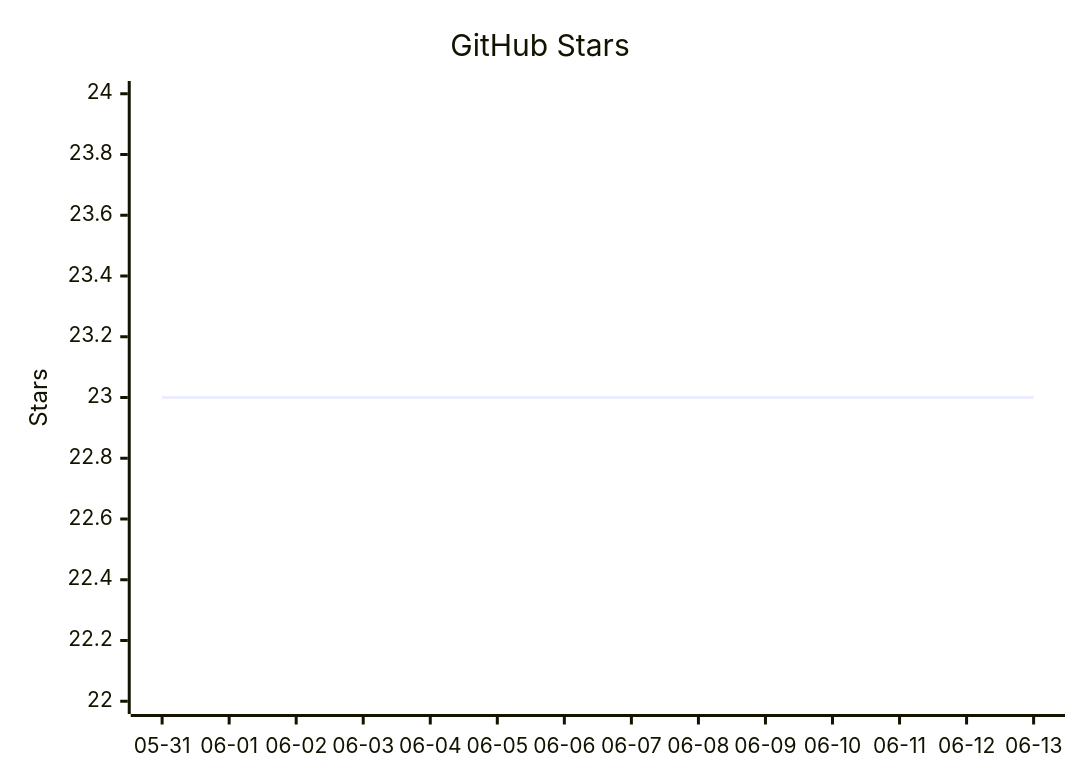
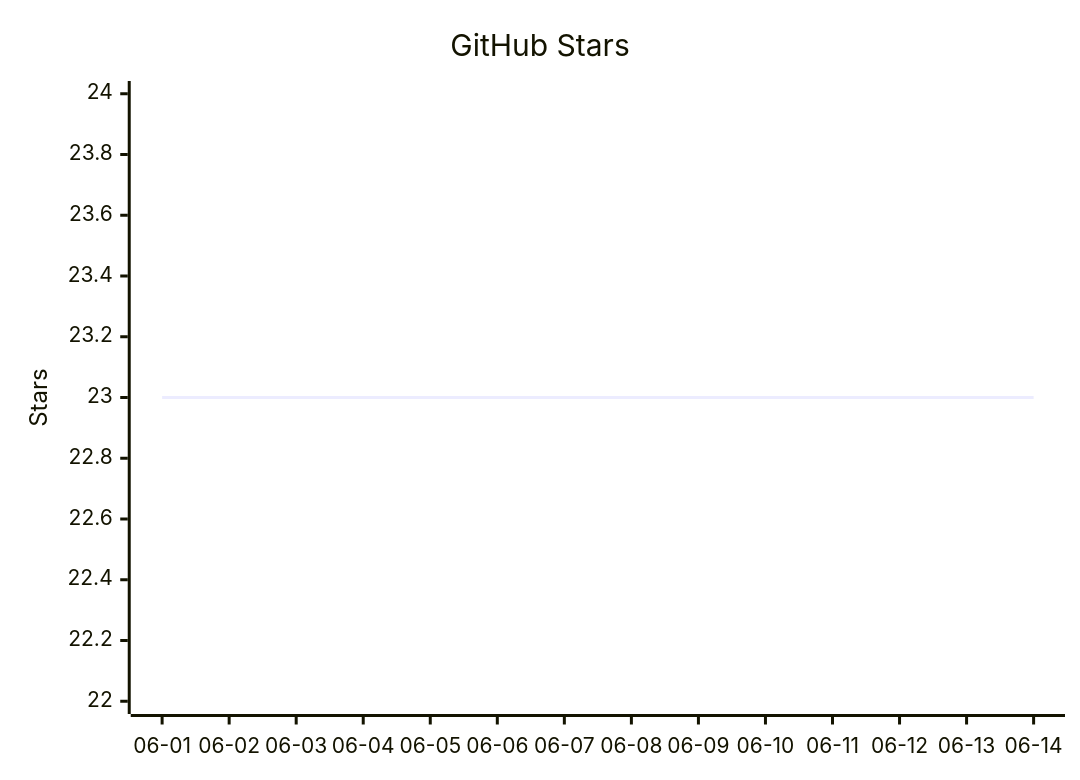
Before and after one commit to vectie/moonclaw: the diagram in README.mbt.md, drawn with Mermaid. The commit also changed other lines of this file and 1 other file, not shown here.

Commit message:
Update README star growth

````diff
--- a/README.mbt.md
+++ b/README.mbt.md
@@ -490,7 +490,7 @@
 ```mermaid
 xychart-beta
     title "GitHub Stars"
-    x-axis ["05-31","06-01","06-02","06-03","06-04","06-05","06-06","06-07","06-08","06-09","06-10","06-11","06-12","06-13"]
+    x-axis ["06-01","06-02","06-03","06-04","06-05","06-06","06-07","06-08","06-09","06-10","06-11","06-12","06-13","06-14"]
     y-axis "Stars" 22 --> 24
     line [23,23,23,23,23,23,23,23,23,23,23,23,23,23]
 ```
````
